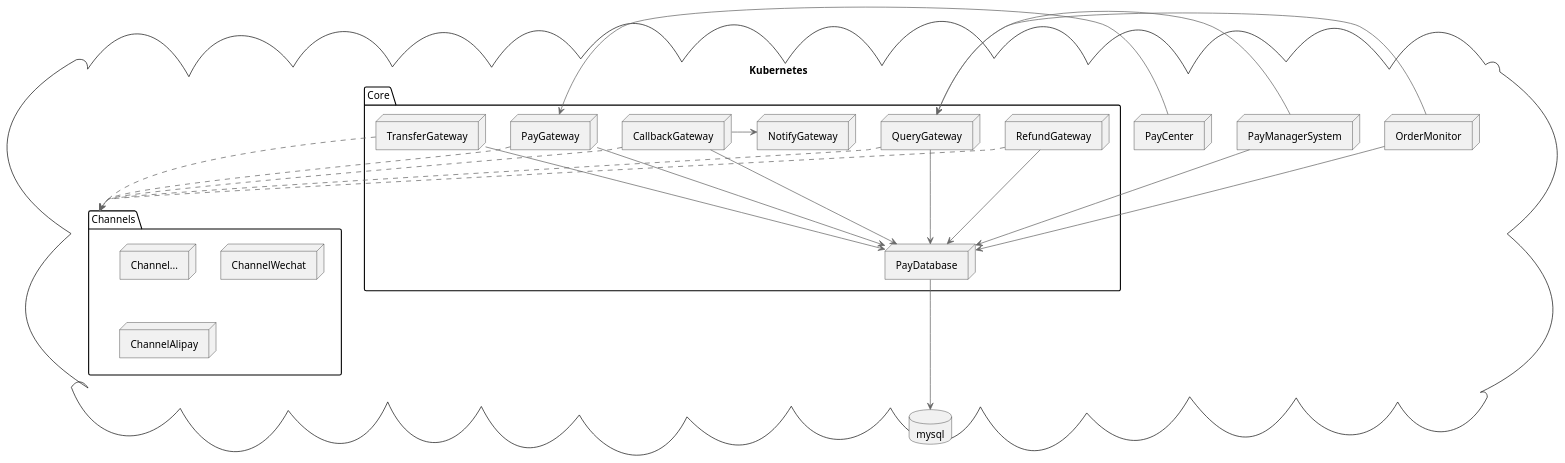
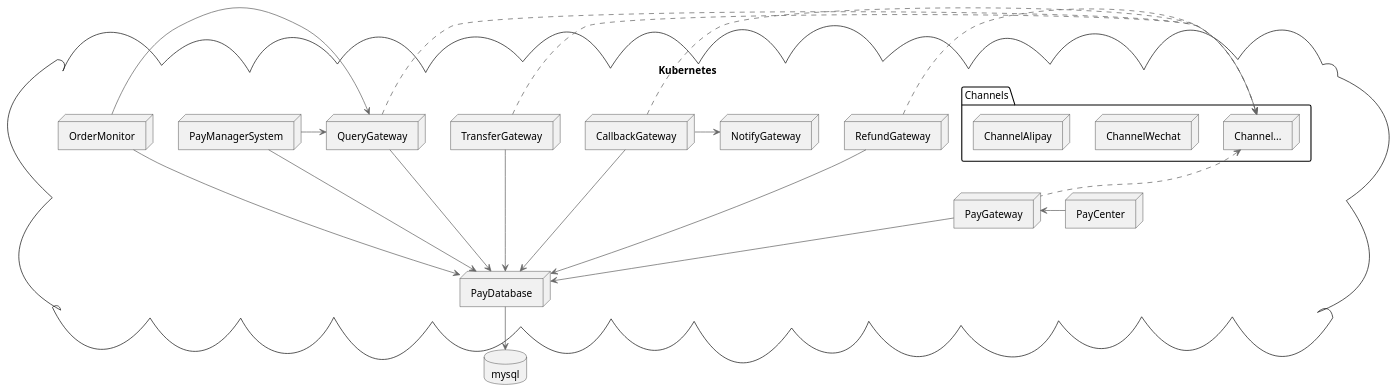
Before and after one commit to blademainer/blog: the second of 2 diagrams in source/_posts/pay-design-architecture.md, drawn with PlantUML.

```diff
--- a/source/_posts/pay-design-architecture.md
+++ b/source/_posts/pay-design-architecture.md
@@ -118,74 +118,77 @@
 {% plantuml %}
 !includeurl https://raw.githubusercontent.com/blademainer/plantuml-style-c4/master/c4_component.puml
 
+' LAYOUT_TOP_DOWN
+
 ' define
 cloud Kubernetes{
-  package Core {
+'  package Core {
     node PayGateway
     node QueryGateway
     node RefundGateway
     node TransferGateway
     node CallbackGateway
     node NotifyGateway
     node PayDatabase
-  }
+'  }
 
-  package Channels {
-    node Channel...
+  package Channels as c {
+    node Channel... as channels
     node ChannelWechat
     node ChannelAlipay
   }
 
   node PayManagerSystem
   node OrderMonitor
   node PayCenter
 
 }
 
 database mysql
 
 'cloud EtcdCloud{
 '  storage etcd1
 '  storage etcd2
 '  storage etcd3
 '}
 
 ' === relations ===
 'PayCenter ..> EtcdCloud
 'PayGateway ..> EtcdCloud
 'QueryGateway ..> EtcdCloud
 'RefundGateway ..> EtcdCloud
 'TransferGateway ..> EtcdCloud
 'PayDatabase ..> EtcdCloud
 'ChannelWechat ..> EtcdCloud
 'ChannelAlipay ..> EtcdCloud
 'Channel... ..> EtcdCloud
 
-PayCenter -> PayGateway
+PayCenter -left-> PayGateway
 
-PayGateway ---> PayDatabase
-PayGateway ...> Channels
+PayGateway --> PayDatabase
+PayGateway .up.> channels
 
-QueryGateway ---> PayDatabase
-QueryGateway ...> Channels
+QueryGateway --> PayDatabase
+QueryGateway .> channels
 
-RefundGateway ---> PayDatabase
-RefundGateway ...> Channels
+RefundGateway --> PayDatabase
+RefundGateway .> channels
 
-CallbackGateway ---> PayDatabase
-CallbackGateway ...> Channels
+CallbackGateway --> PayDatabase
+CallbackGateway .> channels
 CallbackGateway -> NotifyGateway
 
 
-TransferGateway ---> PayDatabase
-TransferGateway ...> Channels
+TransferGateway --> PayDatabase
+TransferGateway .> channels
 
 PayManagerSystem -> PayDatabase
 PayManagerSystem -> QueryGateway
 
-OrderMonitor ---> PayDatabase
+OrderMonitor -> PayDatabase
 OrderMonitor -> QueryGateway
 
-PayDatabase ---> mysql
+
+PayDatabase --> mysql
 
 {% endplantuml %}
```
